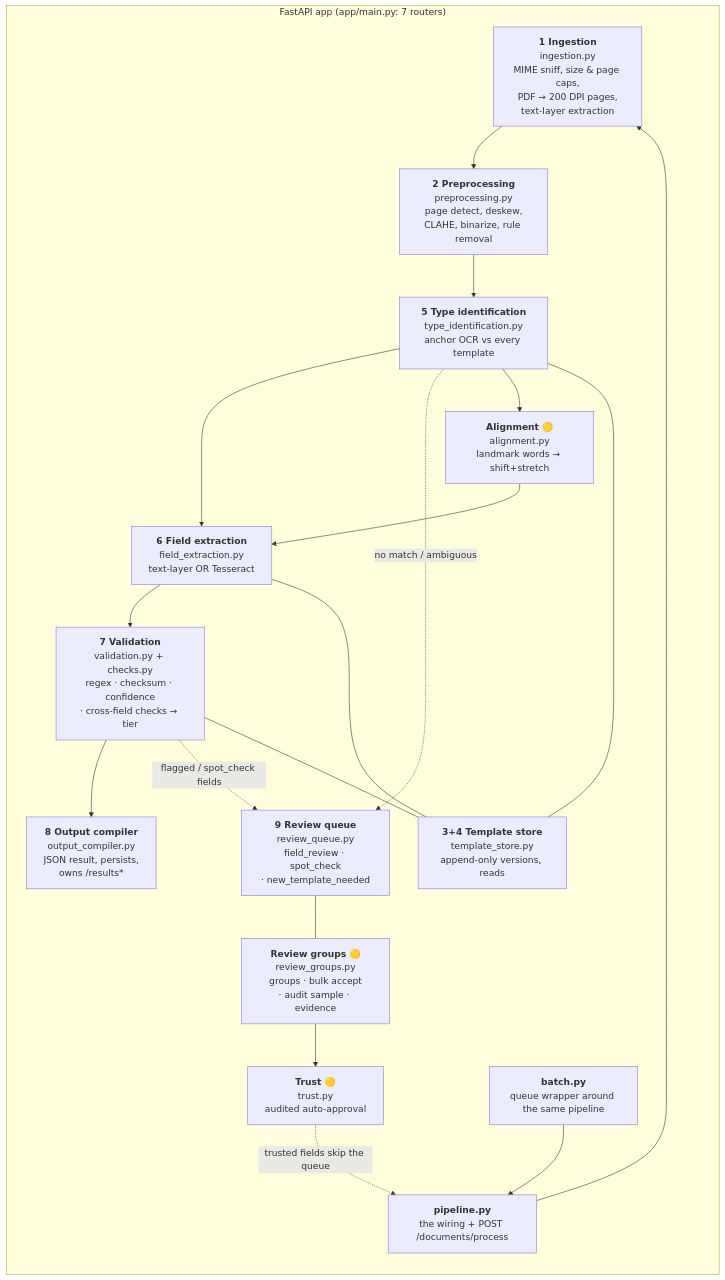
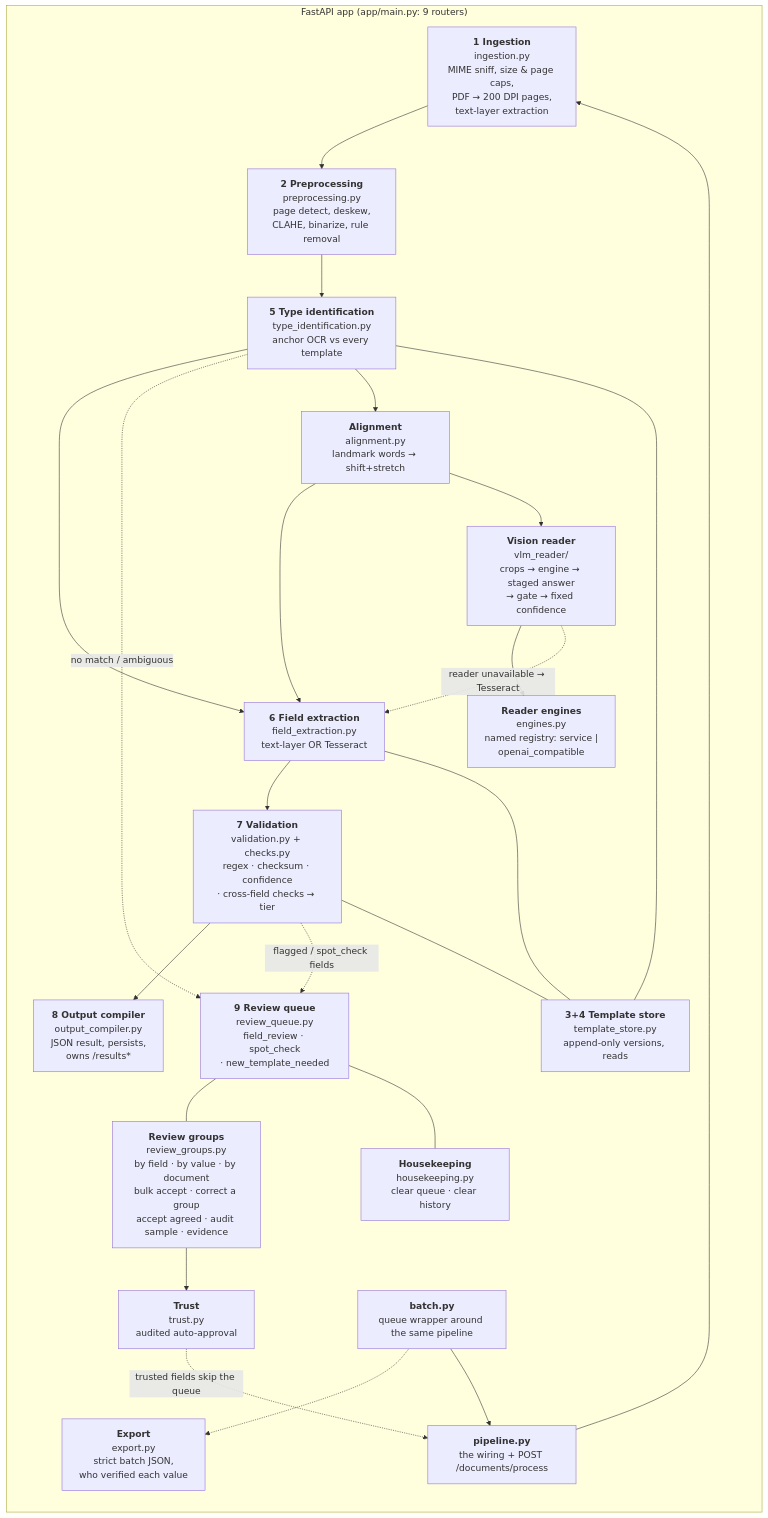
Before and after one commit to Megh-1/OCR_Reader: the third of 25 diagrams in architecture.md, drawn with Mermaid. The commit also changed other lines of this file and 3 other files, not shown here.

First line of the commit message:
Bring architecture docs up to date: vision reader, reader engines, measured results, and an HTML generator

````diff
--- a/architecture.md
+++ b/architecture.md
@@ -114,31 +124,40 @@
 ```mermaid
 flowchart LR
-    subgraph API["FastAPI app  (app/main.py: 7 routers)"]
+    subgraph API["FastAPI app  (app/main.py: 9 routers)"]
         M1["<b>1 Ingestion</b><br/>ingestion.py<br/>MIME sniff, size & page caps,<br/>PDF → 200 DPI pages,<br/>text-layer extraction"]
         M2["<b>2 Preprocessing</b><br/>preprocessing.py<br/>page detect, deskew,<br/>CLAHE, binarize, rule removal"]
         M5["<b>5 Type identification</b><br/>type_identification.py<br/>anchor OCR vs every template"]
-        AL["<b>Alignment</b> 🟡<br/>alignment.py<br/>landmark words → shift+stretch"]
+        AL["<b>Alignment</b><br/>alignment.py<br/>landmark words → shift+stretch"]
         M6["<b>6 Field extraction</b><br/>field_extraction.py<br/>text-layer OR Tesseract"]
+        VR["<b>Vision reader</b><br/>vlm_reader/<br/>crops → engine → staged answer<br/>→ gate → fixed confidence"]
+        EN["<b>Reader engines</b><br/>engines.py<br/>named registry: service |<br/>openai_compatible"]
         M7["<b>7 Validation</b><br/>validation.py + checks.py<br/>regex · checksum · confidence<br/>· cross-field checks → tier"]
         M8["<b>8 Output compiler</b><br/>output_compiler.py<br/>JSON result, persists,<br/>owns /results*"]
         M9["<b>9 Review queue</b><br/>review_queue.py<br/>field_review · spot_check<br/>· new_template_needed"]
-        RG["<b>Review groups</b> 🟡<br/>review_groups.py<br/>groups · bulk accept<br/>· audit sample · evidence"]
-        TR["<b>Trust</b> 🟡<br/>trust.py<br/>audited auto-approval"]
+        RG["<b>Review groups</b><br/>review_groups.py<br/>by field · by value · by document<br/>bulk accept · correct a group<br/>accept agreed · audit sample · evidence"]
+        TR["<b>Trust</b><br/>trust.py<br/>audited auto-approval"]
+        EX["<b>Export</b><br/>export.py<br/>strict batch JSON,<br/>who verified each value"]
+        HK["<b>Housekeeping</b><br/>housekeeping.py<br/>clear queue · clear history"]
         M34["<b>3+4 Template store</b><br/>template_store.py<br/>append-only versions, reads"]
         PIPE["<b>pipeline.py</b><br/>the wiring + POST /documents/process"]
         BATCH["<b>batch.py</b><br/>queue wrapper around the same pipeline"]
     end
 
     PIPE --> M1 --> M2 --> M5 --> M6 --> M7 --> M8
     M5 -. "no match / ambiguous" .-> M9
     M7 -. "flagged / spot_check fields" .-> M9
     M9 --- RG
     RG --> TR
     TR -. "trusted fields skip the queue" .-> PIPE
     M5 --> AL
     AL --> M6
+    AL --> VR
+    VR --> EN
+    VR -. "reader unavailable → Tesseract" .-> M6
+    BATCH -.-> EX
+    M9 --- HK
     M5 --- M34
     M6 --- M34
     M7 --- M34
     BATCH --> PIPE
 ```
````
